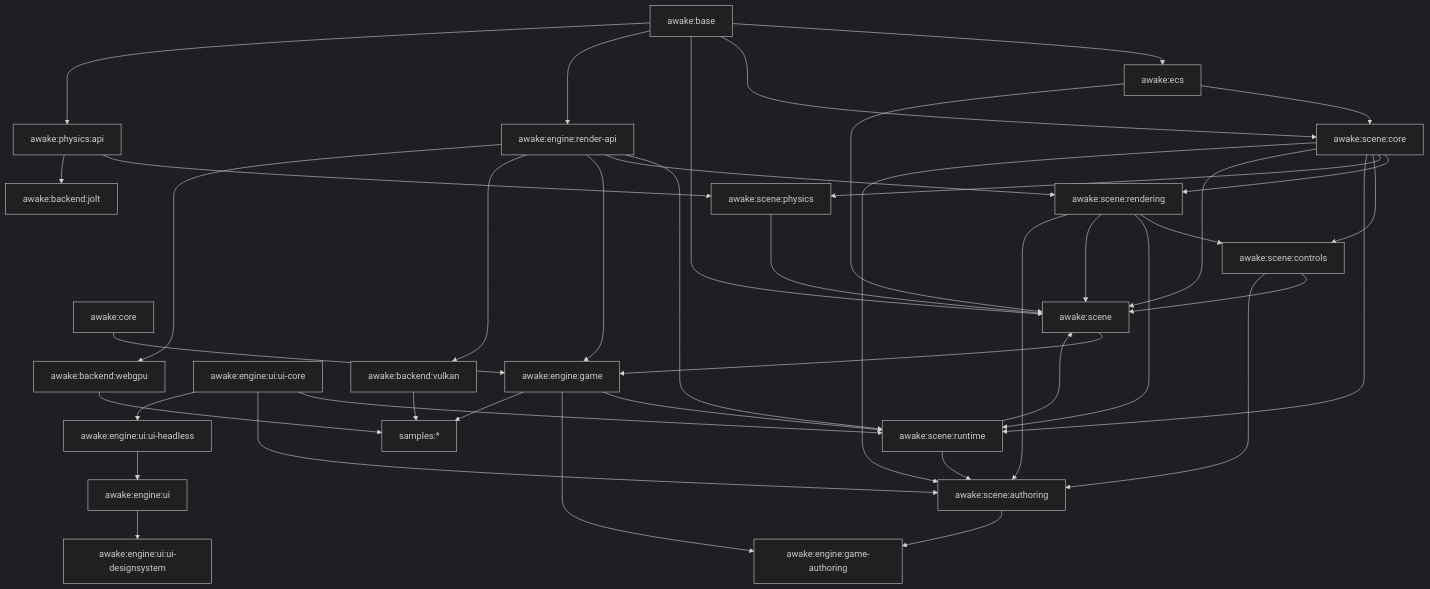
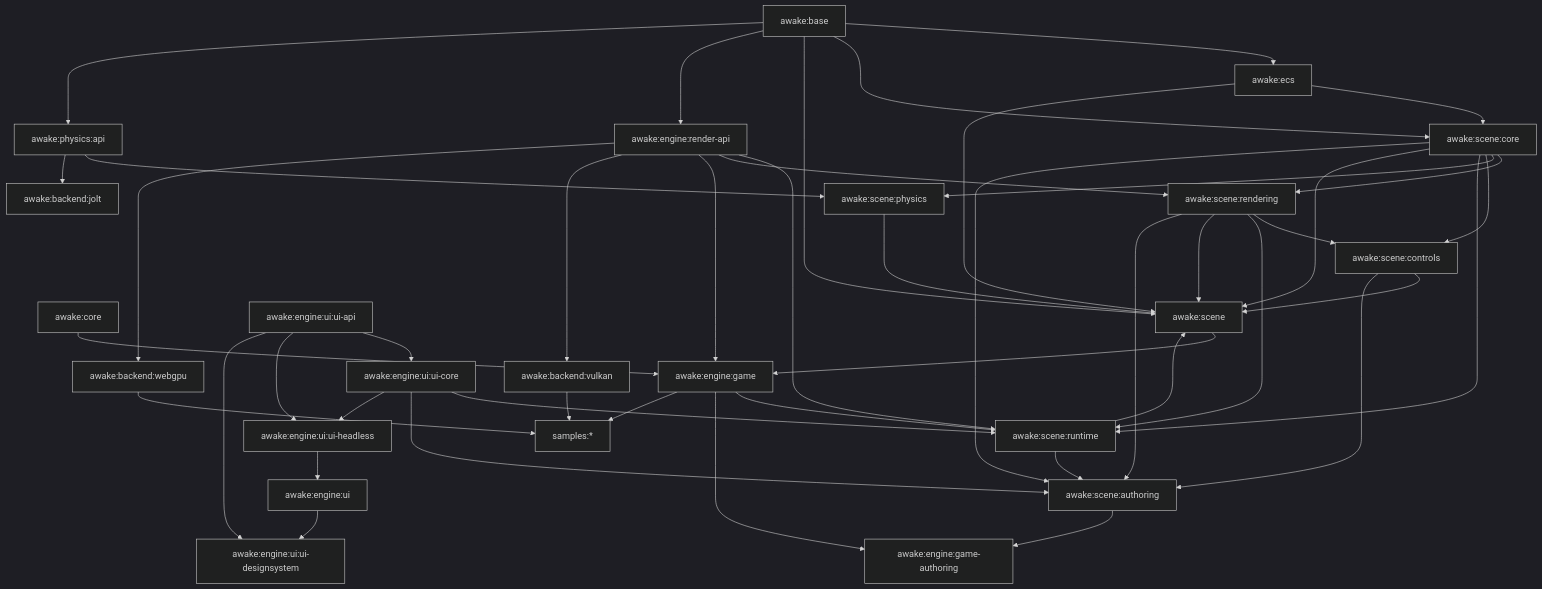
Before and after one commit to awake-lab/awake: the diagram in docs/architecture.md, drawn with Mermaid (dark theme). The commit also changed other lines of this file and 269 other files, not shown here.

````diff
--- a/docs/architecture.md
+++ b/docs/architecture.md
@@ -18,68 +18,72 @@
 ```mermaid
 flowchart TD
     base["awake:base"]
     core["awake:core"]
     ecs["awake:ecs"]
     scene["awake:scene"]
     sceneCore["awake:scene:core"]
     sceneControls["awake:scene:controls"]
     scenePhysics["awake:scene:physics"]
     sceneRendering["awake:scene:rendering"]
     sceneRuntime["awake:scene:runtime"]
     sceneDsl["awake:scene:authoring"]
     render["awake:engine:render-api"]
     game["awake:engine:game"]
     gameDsl["awake:engine:game-authoring"]
     physicsApi["awake:physics:api"]
     jolt["awake:backend:jolt"]
+    uiApi["awake:engine:ui:ui-api"]
     uiCore["awake:engine:ui:ui-core"]
     uiWidgets["awake:engine:ui:ui-headless"]
     ui["awake:engine:ui"]
     uiDs["awake:engine:ui:ui-designsystem"]
     vulkan["awake:backend:vulkan"]
     webgpu["awake:backend:webgpu"]
     samples["samples:*"]
 
     core --> game
     base --> ecs
     base --> sceneCore
     base --> scene
     base --> render
     base --> physicsApi
     ecs --> sceneCore
     ecs --> scene
     sceneCore --> sceneRendering
     sceneCore --> scenePhysics
     sceneCore --> sceneControls
     sceneRendering --> sceneControls
     sceneCore --> sceneRuntime
     sceneRendering --> sceneRuntime
     render --> sceneRuntime
     game --> sceneRuntime
+    uiApi --> uiCore
     uiCore --> sceneRuntime
     render --> sceneRendering
     physicsApi --> scenePhysics
     sceneCore --> scene
     scenePhysics --> scene
     sceneRendering --> scene
     sceneControls --> scene
     sceneRuntime --> scene
     sceneCore --> sceneDsl
     sceneRendering --> sceneDsl
     sceneControls --> sceneDsl
     sceneRuntime --> sceneDsl
     uiCore --> sceneDsl
     render --> game
     scene --> game
     game --> gameDsl
     sceneDsl --> gameDsl
     physicsApi --> jolt
+    uiApi --> uiWidgets
     uiCore --> uiWidgets
     uiWidgets --> ui
+    uiApi --> uiDs
     ui --> uiDs
     game --> samples
     render --> vulkan
     render --> webgpu
     vulkan --> samples
     webgpu --> samples
 ```
````
